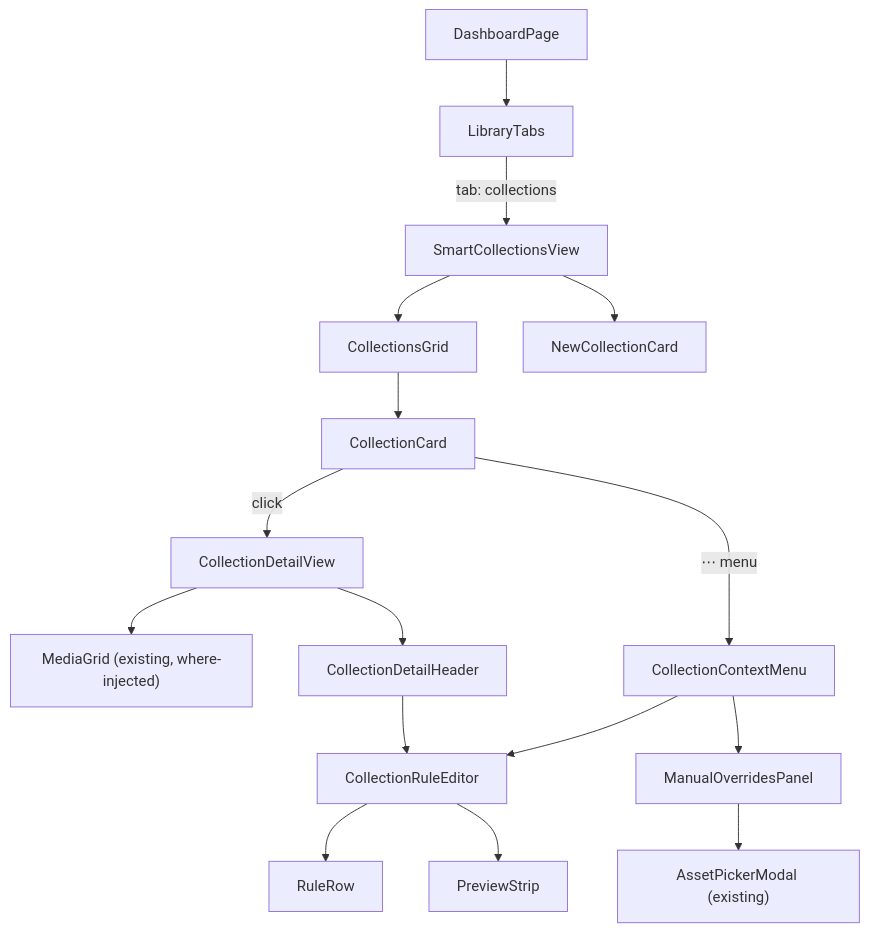
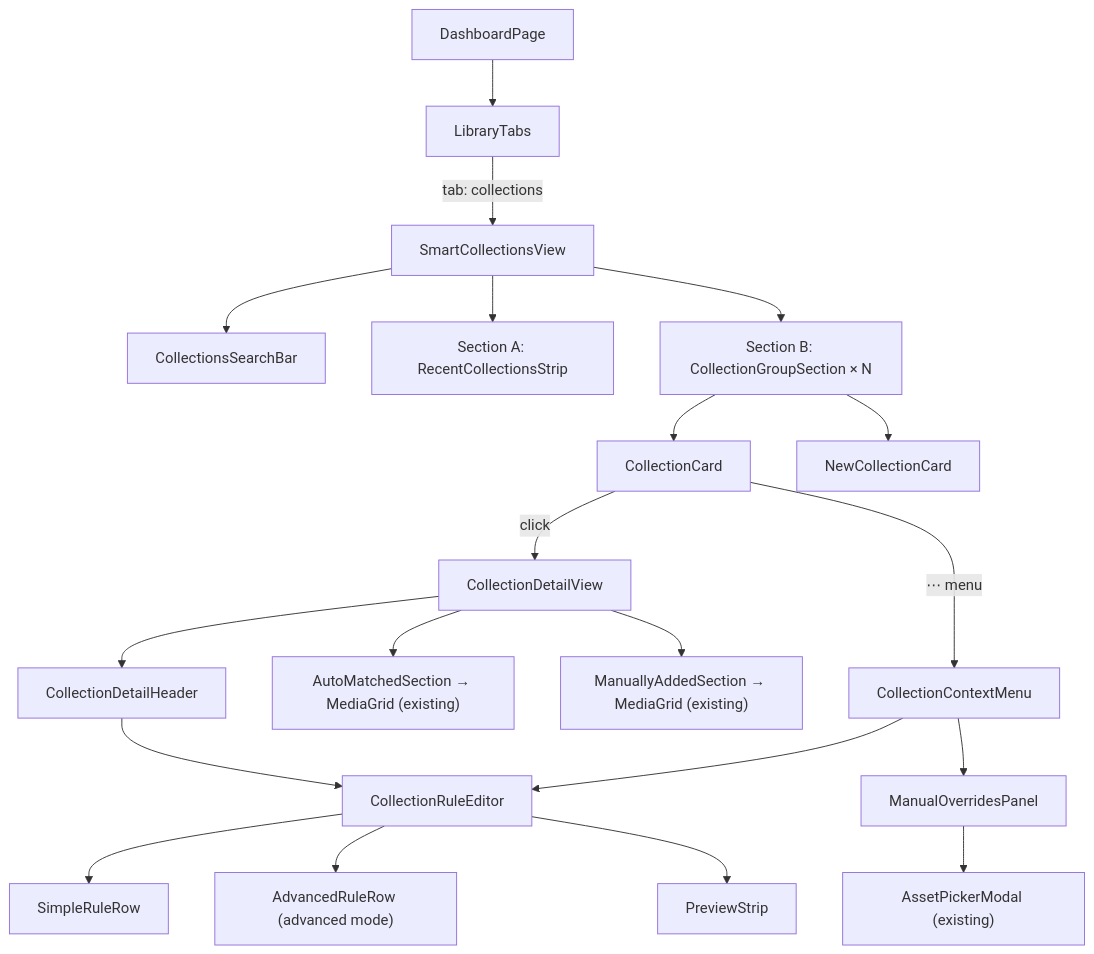
The diagram in docs/FRH-47-smart-collections-spec.md (Framehouseworks/framehouse-hub), drawn with Mermaid before and after one commit. The commit also changed other lines of this file and 13 other files, not shown here.

````diff
--- a/docs/FRH-47-smart-collections-spec.md
+++ b/docs/FRH-47-smart-collections-spec.md
@@ -121,18 +161,22 @@
 ```mermaid
 flowchart TD
     DashboardPage --> LibraryTabs
     LibraryTabs -->|tab: collections| SmartCollectionsView
-    SmartCollectionsView --> CollectionsGrid
-    SmartCollectionsView --> NewCollectionCard
-    CollectionsGrid --> CollectionCard
+    SmartCollectionsView --> CollectionsSearchBar
+    SmartCollectionsView --> RecentSection["Section A: RecentCollectionsStrip"]
+    SmartCollectionsView --> GroupedSections["Section B: CollectionGroupSection × N"]
+    GroupedSections --> CollectionCard
+    GroupedSections --> NewCollectionCard
     CollectionCard -->|click| CollectionDetailView
-    CollectionDetailView --> MediaGrid["MediaGrid (existing, where-injected)"]
     CollectionDetailView --> CollectionDetailHeader
+    CollectionDetailView --> AutoMatchedSection["AutoMatchedSection → MediaGrid (existing)"]
+    CollectionDetailView --> ManuallyAddedSection["ManuallyAddedSection → MediaGrid (existing)"]
     CollectionDetailHeader --> CollectionRuleEditor
     CollectionCard -->|⋯ menu| CollectionContextMenu
     CollectionContextMenu --> CollectionRuleEditor
     CollectionContextMenu --> ManualOverridesPanel
-    CollectionRuleEditor --> RuleRow
+    CollectionRuleEditor --> SimpleRuleRow
+    CollectionRuleEditor --> AdvancedRuleRow["AdvancedRuleRow (advanced mode)"]
     CollectionRuleEditor --> PreviewStrip
     ManualOverridesPanel --> AssetPickerModal["AssetPickerModal (existing)"]
 ```
````
